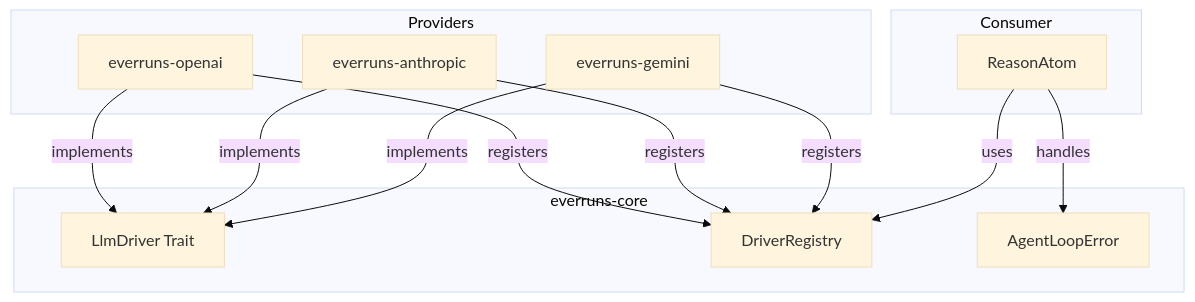
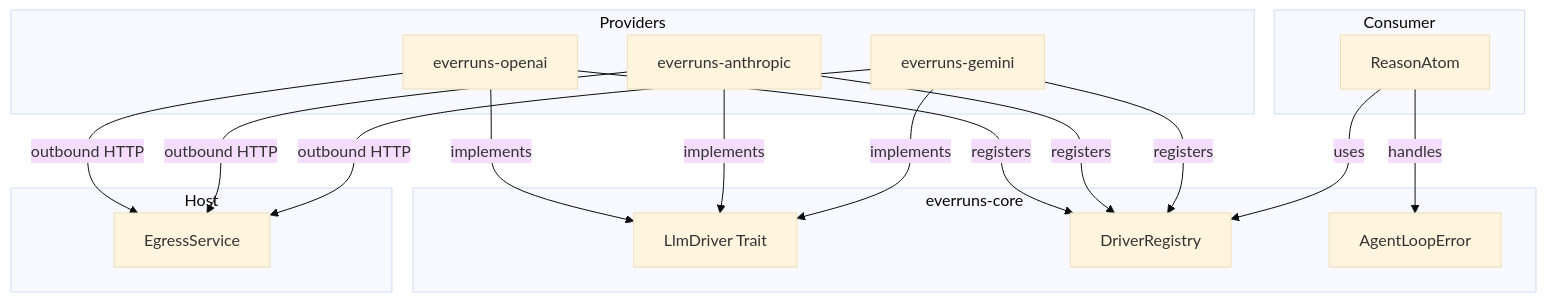
The first of 2 diagrams in specs/llm-drivers.md (everruns/everruns), drawn with Mermaid (base theme) before and after one commit. The commit also changed other lines of this file and 23 other files, not shown here.

Commit message:
feat(core): add outbound egress service

````diff
--- a/specs/llm-drivers.md
+++ b/specs/llm-drivers.md
@@ -9,27 +9,34 @@
 ```mermaid
 graph TD
     subgraph Core [everruns-core]
         LlmDriver[LlmDriver Trait]
         Registry[DriverRegistry]
         Errors[AgentLoopError]
     end
 
     subgraph Providers
         OpenAI[everruns-openai]
         Anthropic[everruns-anthropic]
         Gemini[everruns-gemini]
     end
 
+    subgraph Host
+        Egress[EgressService]
+    end
+
     subgraph Consumer
         ReasonAtom[ReasonAtom]
     end
 
     OpenAI -->|implements| LlmDriver
     Anthropic -->|implements| LlmDriver
     Gemini -->|implements| LlmDriver
     OpenAI -->|registers| Registry
     Anthropic -->|registers| Registry
     Gemini -->|registers| Registry
     ReasonAtom -->|uses| Registry
+    OpenAI -->|outbound HTTP| Egress
+    Anthropic -->|outbound HTTP| Egress
+    Gemini -->|outbound HTTP| Egress
     ReasonAtom -->|handles| Errors
 ```
````
